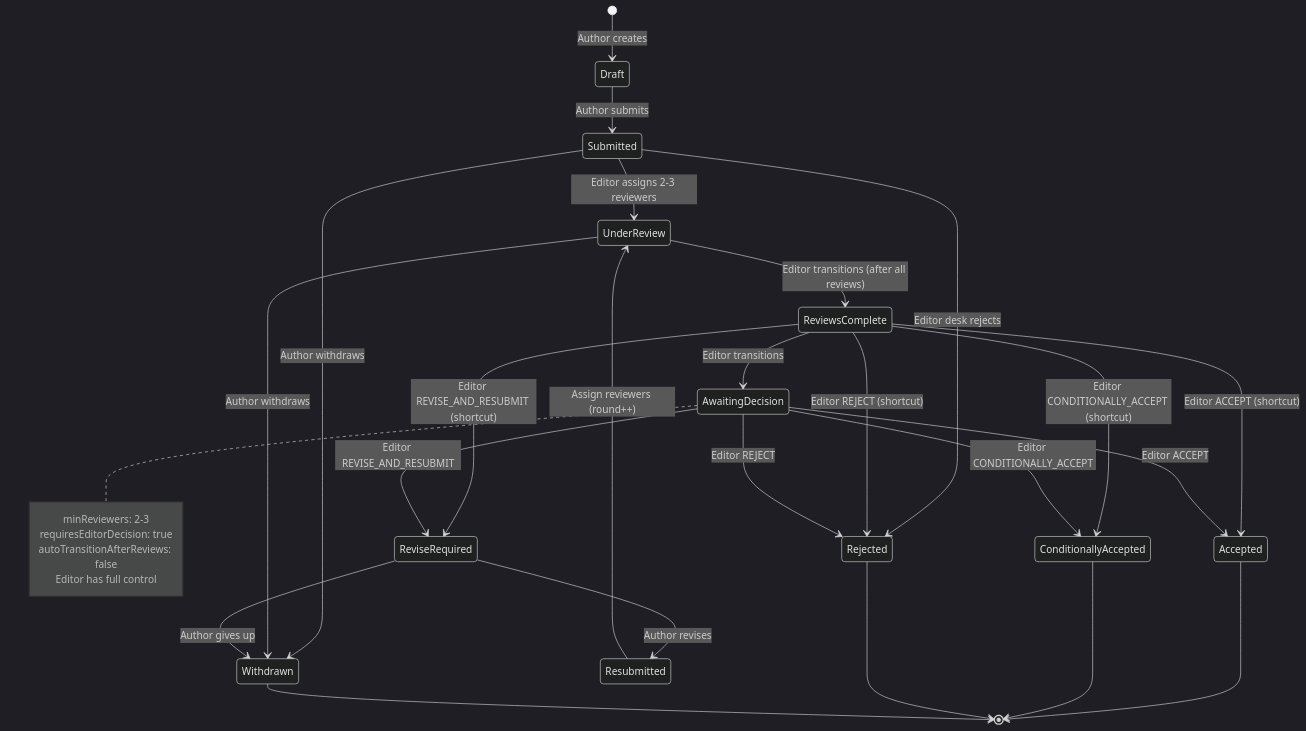
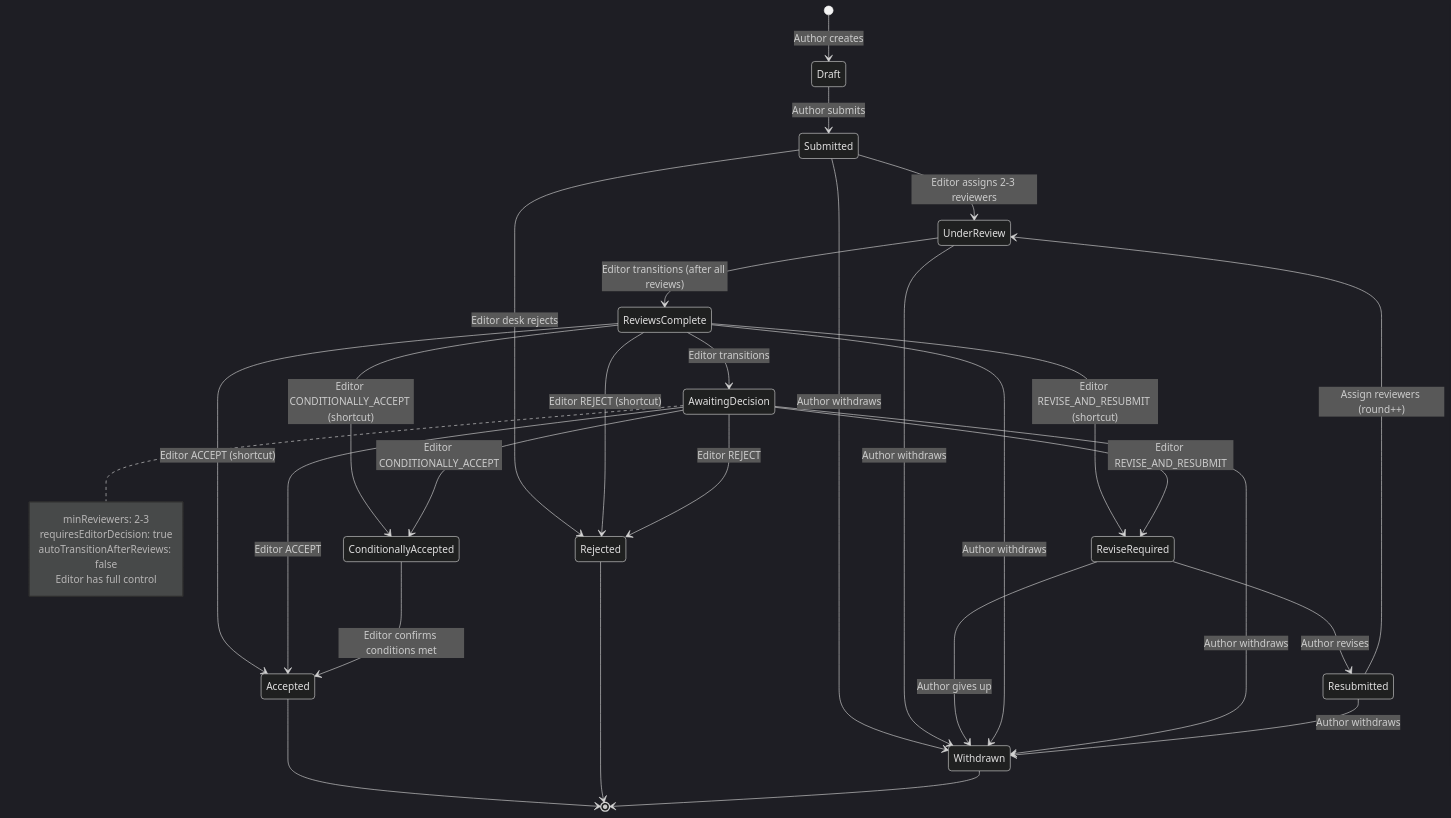
One commit to unlimited-labs/suberus changed the second of 5 diagrams in WORKFLOW.md. Above: the diagram before and after it, drawn with Mermaid (dark theme). The commit also changed other lines of this file, not shown here.

First line of the commit message:
docs: complete WORKFLOW.md consistency pass

````diff
--- a/WORKFLOW.md
+++ b/WORKFLOW.md
@@ -63,39 +66,44 @@
 ```mermaid
 stateDiagram-v2
     [*] --> Draft: Author creates
     Draft --> Submitted: Author submits
     Submitted --> UnderReview: Editor assigns 2-3 reviewers
     Submitted --> Rejected: Editor desk rejects
     Submitted --> Withdrawn: Author withdraws
 
     UnderReview --> ReviewsComplete: Editor transitions (after all reviews)
     UnderReview --> Withdrawn: Author withdraws
 
     ReviewsComplete --> AwaitingDecision: Editor transitions
     ReviewsComplete --> Accepted: Editor ACCEPT (shortcut)
     ReviewsComplete --> ConditionallyAccepted: Editor CONDITIONALLY_ACCEPT (shortcut)
     ReviewsComplete --> ReviseRequired: Editor REVISE_AND_RESUBMIT (shortcut)
     ReviewsComplete --> Rejected: Editor REJECT (shortcut)
 
     AwaitingDecision --> Accepted: Editor ACCEPT
     AwaitingDecision --> ConditionallyAccepted: Editor CONDITIONALLY_ACCEPT
     AwaitingDecision --> ReviseRequired: Editor REVISE_AND_RESUBMIT
     AwaitingDecision --> Rejected: Editor REJECT
 
     ReviseRequired --> Resubmitted: Author revises
     ReviseRequired --> Withdrawn: Author gives up
 
     Resubmitted --> UnderReview: Assign reviewers (round++)
 
+    ConditionallyAccepted --> Accepted: Editor confirms conditions met
+
+    ReviewsComplete --> Withdrawn: Author withdraws
+    AwaitingDecision --> Withdrawn: Author withdraws
+    Resubmitted --> Withdrawn: Author withdraws
+
     Accepted --> [*]
-    ConditionallyAccepted --> [*]
     Rejected --> [*]
     Withdrawn --> [*]
 
     note right of AwaitingDecision
         minReviewers: 2-3
         requiresEditorDecision: true
         autoTransitionAfterReviews: false
         Editor has full control
     end note
 ```
````
